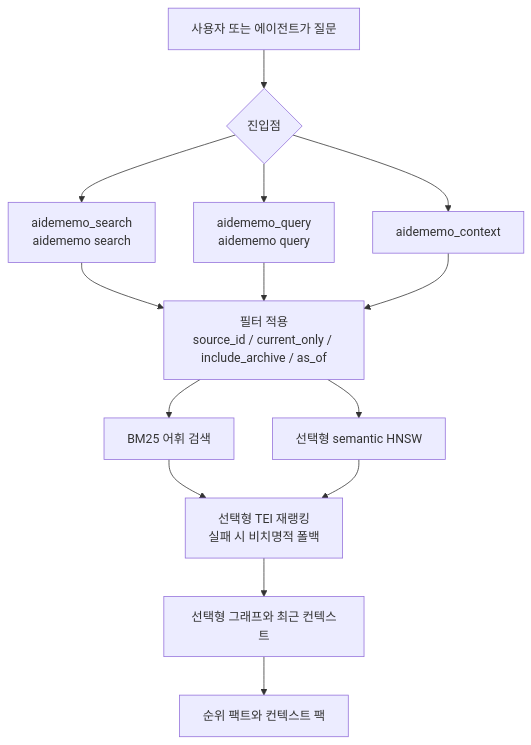
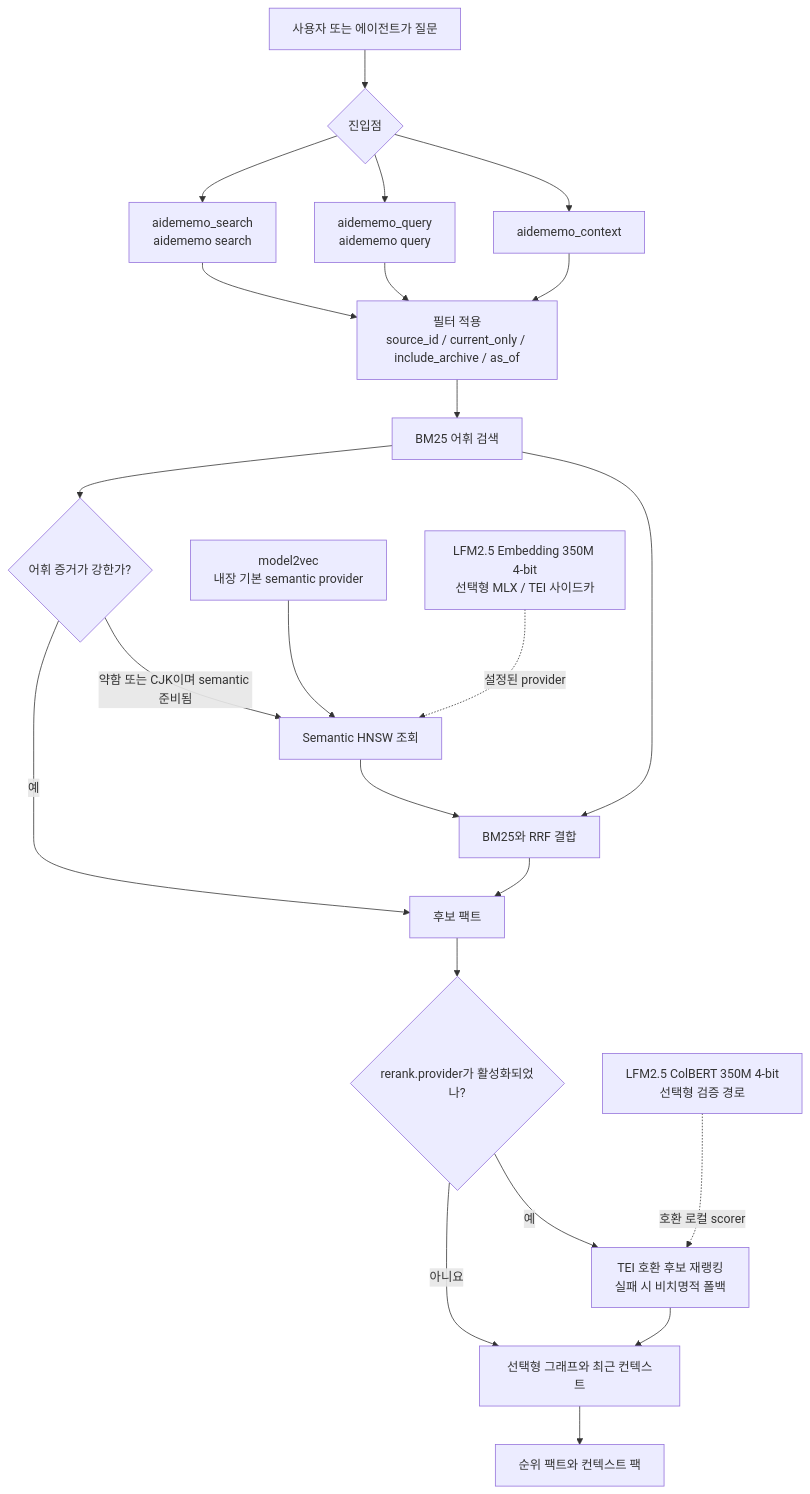
One commit to taeyun16/aidememo changed the second of 4 diagrams in website/i18n/ko/docusaurus-plugin-content-docs/current/ARCHITECTURE.md. Above: the diagram before and after it, drawn with Mermaid. The commit also changed other lines of this file and 6 other files, not shown here.

Commit message:
Document opt-in local SLM architecture

````diff
--- a/website/i18n/ko/docusaurus-plugin-content-docs/current/ARCHITECTURE.md
+++ b/website/i18n/ko/docusaurus-plugin-content-docs/current/ARCHITECTURE.md
@@ -58,28 +85,44 @@
 ```mermaid
 flowchart TD
   request["사용자 또는 에이전트가 질문"]
   entry{"진입점"}
   search["aidememo_search<br/>aidememo search"]
   query["aidememo_query<br/>aidememo query"]
   context["aidememo_context"]
   filters["필터 적용<br/>source_id / current_only / include_archive / as_of"]
   bm25["BM25 어휘 검색"]
-  hnsw["선택형 semantic HNSW"]
-  rerank["선택형 TEI 재랭킹<br/>실패 시 비치명적 폴백"]
+  auto_gate{"어휘 증거가 강한가?"}
+  model2vec["model2vec<br/>내장 기본 semantic provider"]
+  lfm_embed["LFM2.5 Embedding 350M 4-bit<br/>선택형 MLX / TEI 사이드카"]
+  hnsw["Semantic HNSW 조회"]
+  fuse["BM25와 RRF 결합"]
+  candidates["후보 팩트"]
+  rerank_gate{"rerank.provider가 활성화되었나?"}
+  rerank["TEI 호환 후보 재랭킹<br/>실패 시 비치명적 폴백"]
+  lfm_rerank["LFM2.5 ColBERT 350M 4-bit<br/>선택형 검증 경로"]
   graphCtx["선택형 그래프와 최근 컨텍스트"]
   result["순위 팩트와 컨텍스트 팩"]
 
   request --> entry
   entry --> search
   entry --> query
   entry --> context
   search --> filters
   query --> filters
   context --> filters
   filters --> bm25
-  filters --> hnsw
-  bm25 --> rerank
-  hnsw --> rerank
+  bm25 --> auto_gate
+  auto_gate -->|예| candidates
+  auto_gate -->|약함 또는 CJK이며 semantic 준비됨| hnsw
+  model2vec --> hnsw
+  lfm_embed -. "설정된 provider" .-> hnsw
+  bm25 --> fuse
+  hnsw --> fuse
+  fuse --> candidates
+  candidates --> rerank_gate
+  rerank_gate -->|아니요| graphCtx
+  rerank_gate -->|예| rerank
+  lfm_rerank -. "호환 로컬 scorer" .-> rerank
   rerank --> graphCtx
   graphCtx --> result
 ```
````
